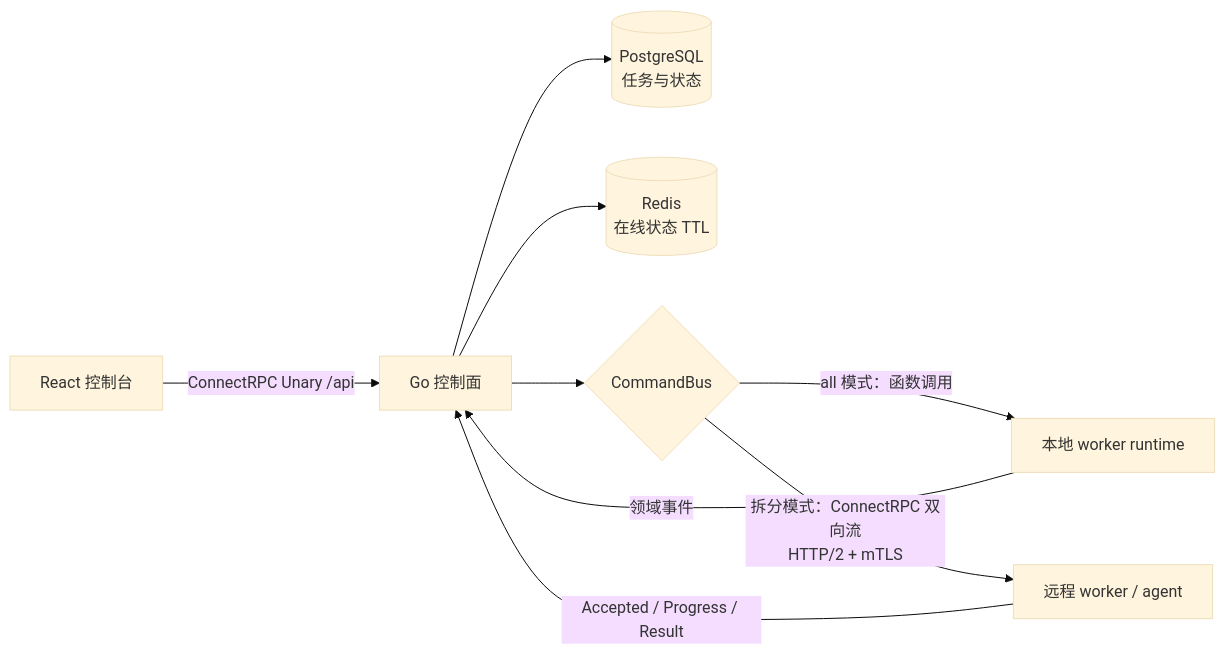
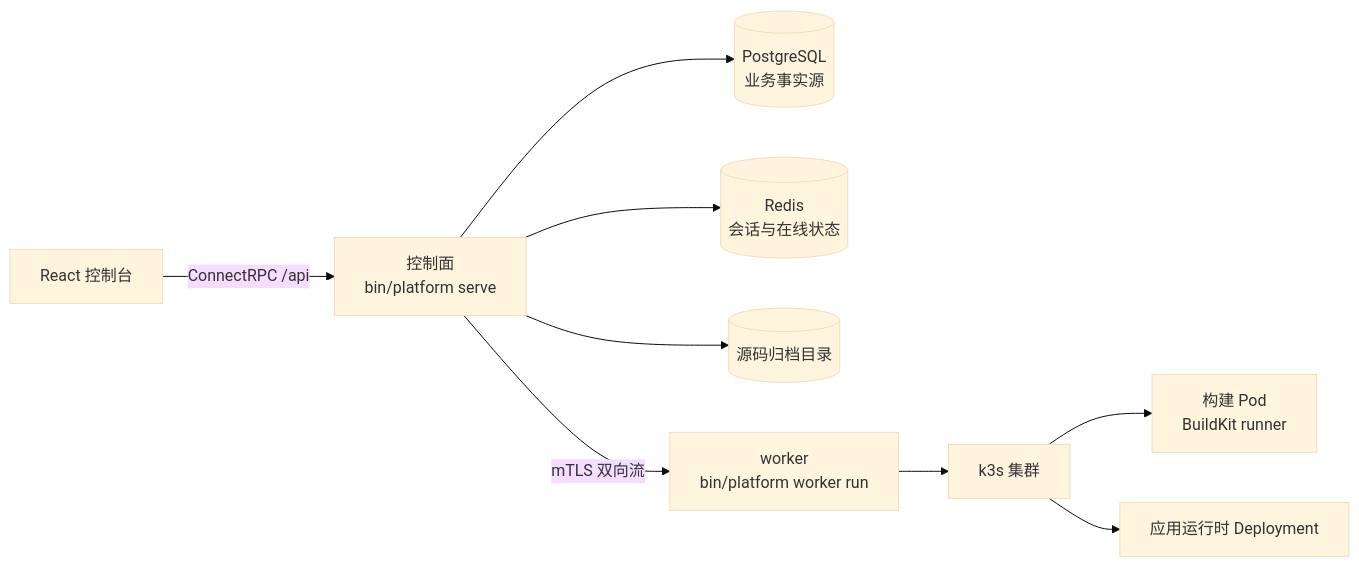
One commit to sunshanpeng/yummy changed the diagram in README.md. Above: the diagram before and after it, drawn with Mermaid (base theme). The commit also changed other lines of this file and 3 other files, not shown here.

````diff
--- a/README.md
+++ b/README.md
@@ -13,11 +9,11 @@
 ```mermaid
 flowchart LR
-    UI["React 控制台"] -->|"ConnectRPC Unary /api"| CP["Go 控制面"]
-    CP --> PG[("PostgreSQL<br/>任务与状态")]
-    CP --> Redis[("Redis<br/>在线状态 TTL")]
-    CP --> Bus{"CommandBus"}
-    Bus -->|"all 模式：函数调用"| Local["本地 worker runtime"]
-    Bus -->|"拆分模式：ConnectRPC 双向流<br/>HTTP/2 + mTLS"| Remote["远程 worker / agent"]
-    Local -->|"领域事件"| CP
-    Remote -->|"Accepted / Progress / Result"| CP
+    UI["React 控制台"] -->|"ConnectRPC /api"| CP["控制面<br/>bin/platform serve"]
+    CP --> PG[("PostgreSQL<br/>业务事实源")]
+    CP --> Redis[("Redis<br/>会话与在线状态")]
+    CP --> SRC[("源码归档目录")]
+    CP -->|"mTLS 双向流"| W["worker<br/>bin/platform worker run"]
+    W --> K3S["k3s 集群"]
+    K3S --> BP["构建 Pod<br/>BuildKit runner"]
+    K3S --> RT["应用运行时 Deployment"]
 ```
````
